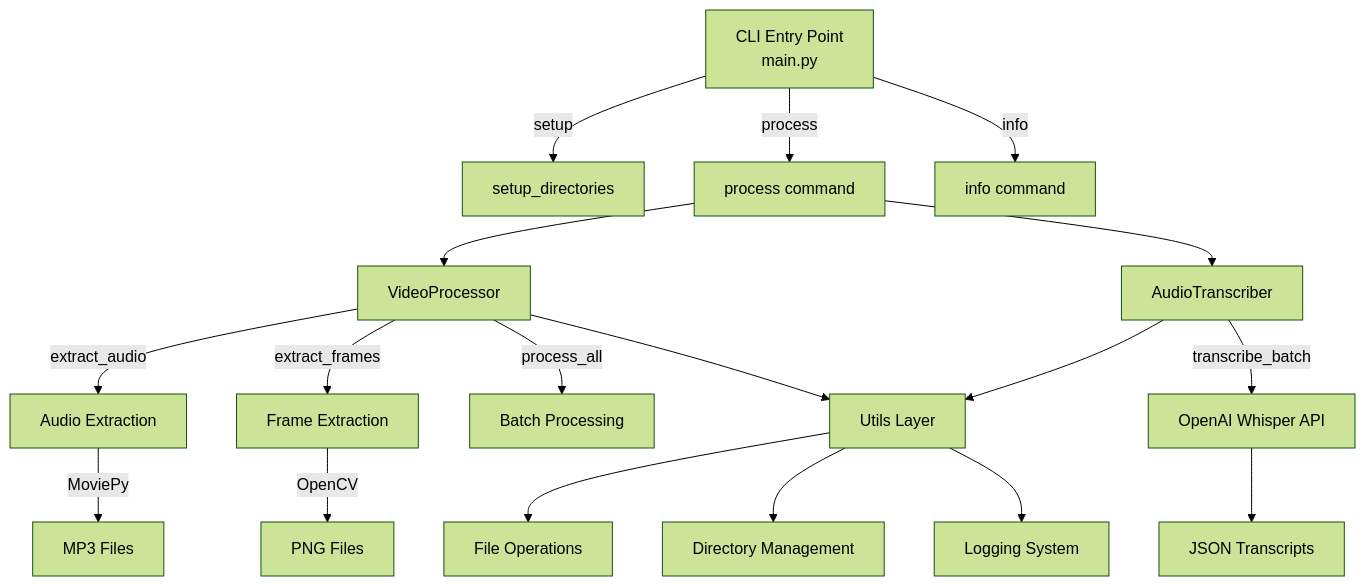
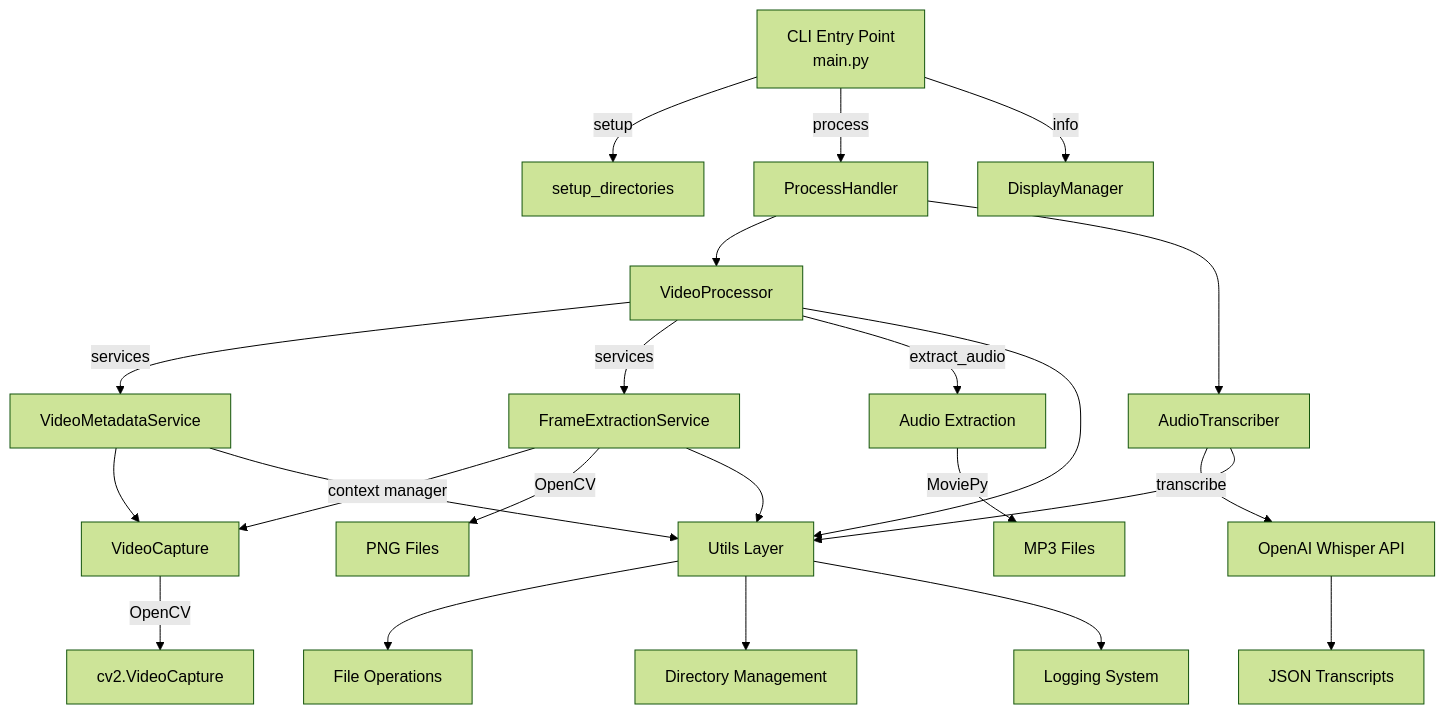
Before and after one commit to erictt/sniffer: the diagram in README.md, drawn with Mermaid (forest theme). The commit also changed other lines of this file and 13 other files, not shown here.

````diff
--- a/README.md
+++ b/README.md
@@ -186,26 +276,32 @@
 ```mermaid
 graph TB
     CLI[CLI Entry Point<br/>main.py] --> |setup| SETUP[setup_directories]
-    CLI --> |process| PROCESS[process command]
-    CLI --> |info| INFO[info command]
+    CLI --> |process| PROCESS[ProcessHandler]
+    CLI --> |info| INFO[DisplayManager]
 
     PROCESS --> VP[VideoProcessor]
     PROCESS --> AT[AudioTranscriber]
 
+    VP --> |services| MS[VideoMetadataService]
+    VP --> |services| FS[FrameExtractionService]
     VP --> |extract_audio| AUDIO[Audio Extraction]
-    VP --> |extract_frames| FRAMES[Frame Extraction]
-    VP --> |process_all| BATCH[Batch Processing]
+
+    FS --> |context manager| VC[VideoCapture]
+    MS --> VC
+    VC --> |OpenCV| CV[cv2.VideoCapture]
 
     AUDIO --> |MoviePy| MP3[MP3 Files]
-    FRAMES --> |OpenCV| PNG[PNG Files]
+    FS --> |OpenCV| PNG[PNG Files]
 
-    AT --> |transcribe_batch| WHISPER[OpenAI Whisper API]
+    AT --> |transcribe| WHISPER[OpenAI Whisper API]
     WHISPER --> JSON[JSON Transcripts]
 
     VP --> UTILS[Utils Layer]
     AT --> UTILS
+    MS --> UTILS
+    FS --> UTILS
 
     UTILS --> FILE[File Operations]
     UTILS --> DIR[Directory Management]
     UTILS --> LOG[Logging System]
 ```
````
